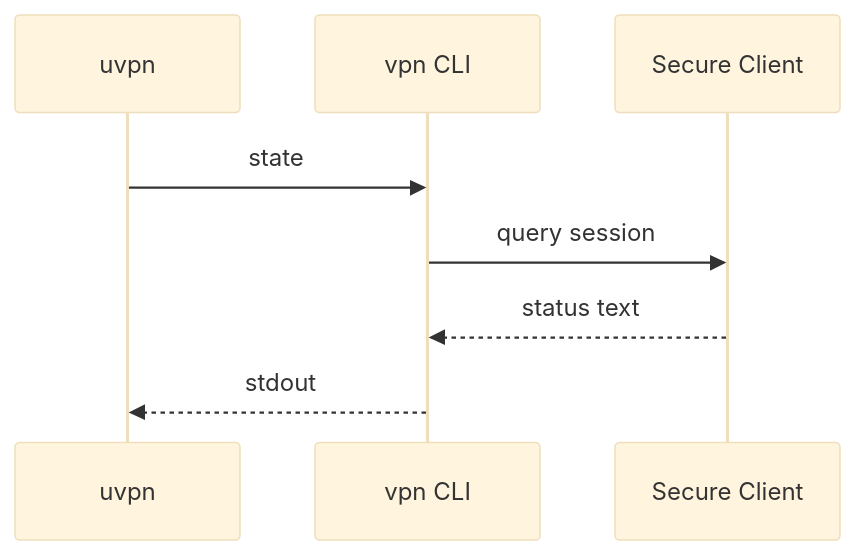
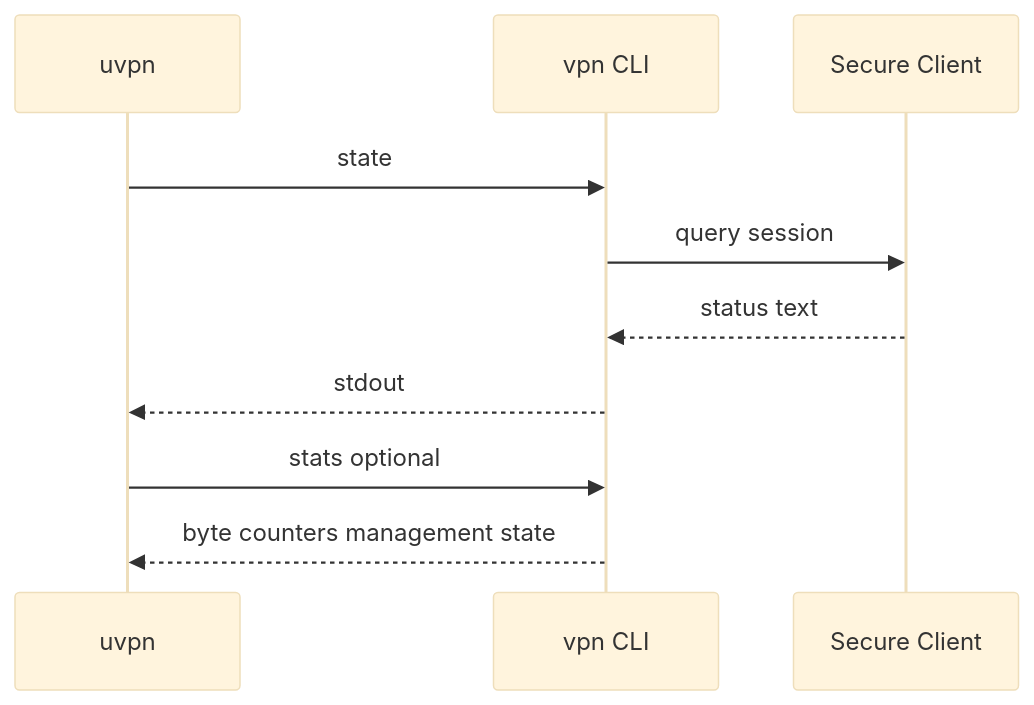
Before and after one commit to roto31/Tunnel-Monitor---Universal: the third of 4 diagrams in docs/vpn-solutions/cisco-anyconnect.md, drawn with Mermaid (base theme). The commit also changed other lines of this file and 25 other files, not shown here.

First line of the commit message:
Docs: add vendor citations, topology SVGs, and updated Mermaid.

````diff
--- a/docs/vpn-solutions/cisco-anyconnect.md
+++ b/docs/vpn-solutions/cisco-anyconnect.md
@@ -43,10 +48,12 @@
 ```mermaid
 sequenceDiagram
     participant U as uvpn
     participant V as vpn CLI
     participant SC as Secure Client
     U->>V: state
     V->>SC: query session
     SC-->>V: status text
     V-->>U: stdout
+    U->>V: stats optional
+    V-->>U: byte counters management state
 ```
````
